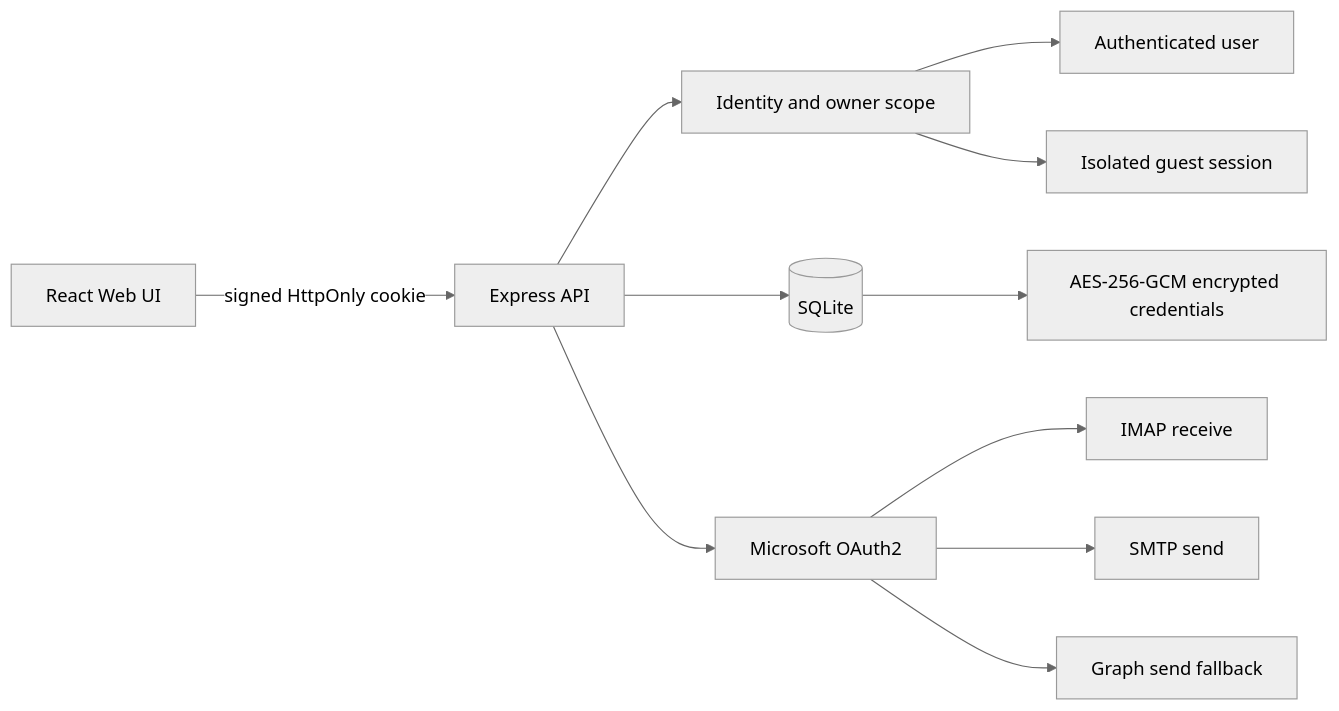
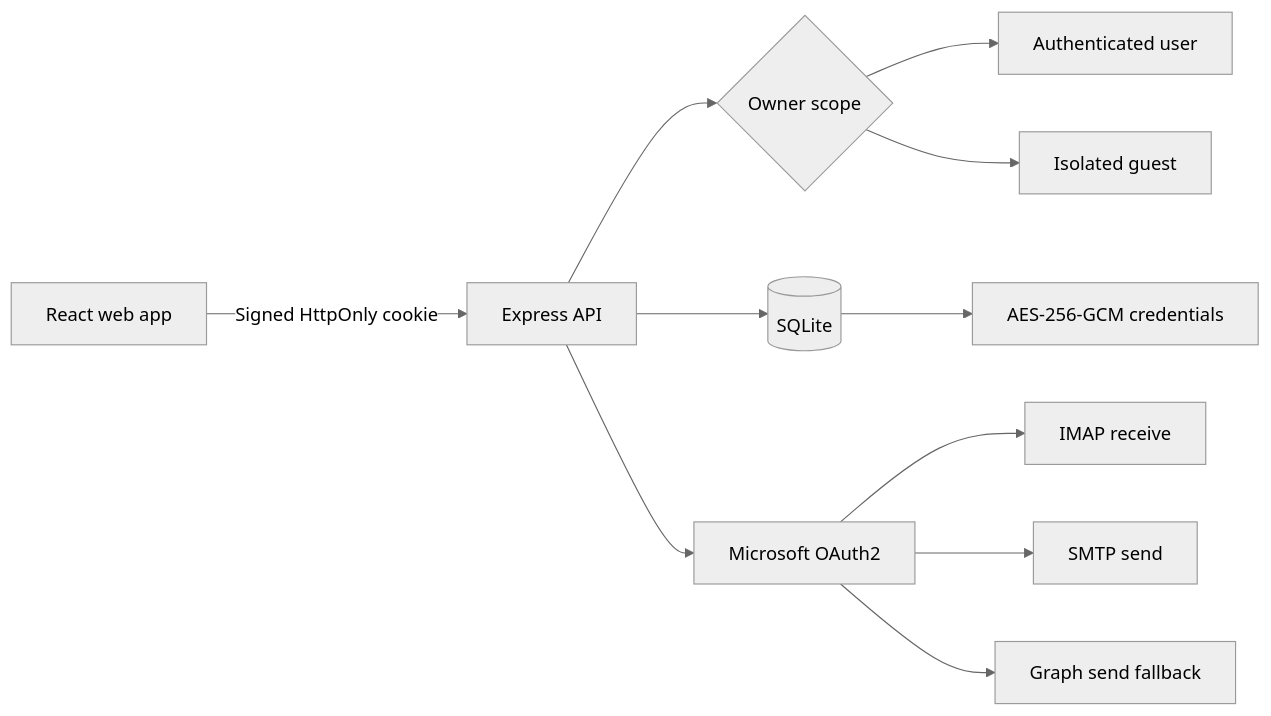
One commit to neonflux-io/Mail changed the diagram in README.md. Above: the diagram before and after it, drawn with Mermaid (neutral theme). The commit also changed other lines of this file and 10 other files, not shown here.

````diff
--- a/README.md
+++ b/README.md
@@ -61,13 +90,13 @@
 ```mermaid
 flowchart LR
-  B[React Web UI] -->|signed HttpOnly cookie| A[Express API]
-  A --> I[Identity and owner scope]
-  I --> U[Authenticated user]
-  I --> G[Isolated guest session]
-  A --> D[(SQLite)]
-  D --> E[AES-256-GCM encrypted credentials]
-  A --> O[Microsoft OAuth2]
-  O --> M[IMAP receive]
-  O --> S[SMTP send]
-  O --> X[Graph send fallback]
+  Browser[React web app] -->|Signed HttpOnly cookie| API[Express API]
+  API --> Identity{Owner scope}
+  Identity --> User[Authenticated user]
+  Identity --> Guest[Isolated guest]
+  API --> DB[(SQLite)]
+  DB --> Vault[AES-256-GCM credentials]
+  API --> OAuth[Microsoft OAuth2]
+  OAuth --> IMAP[IMAP receive]
+  OAuth --> SMTP[SMTP send]
+  OAuth --> Graph[Graph send fallback]
 ```
````
